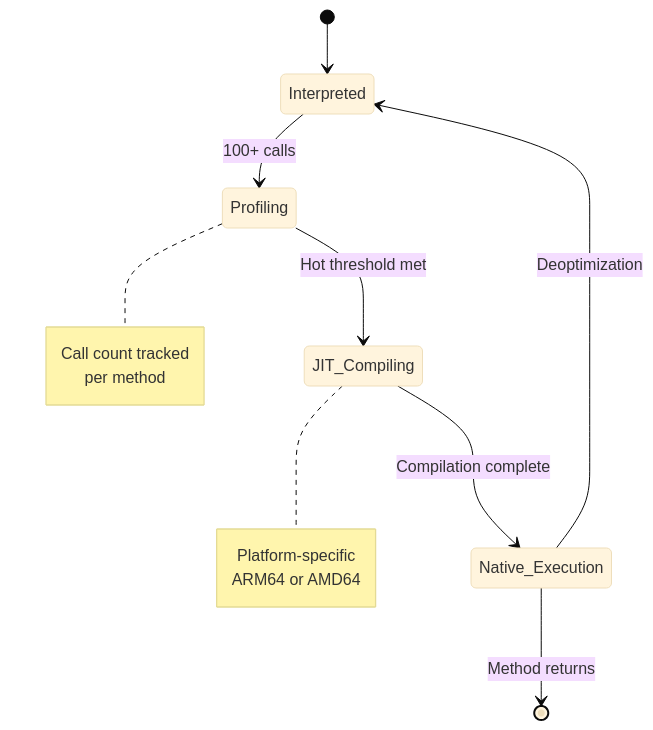
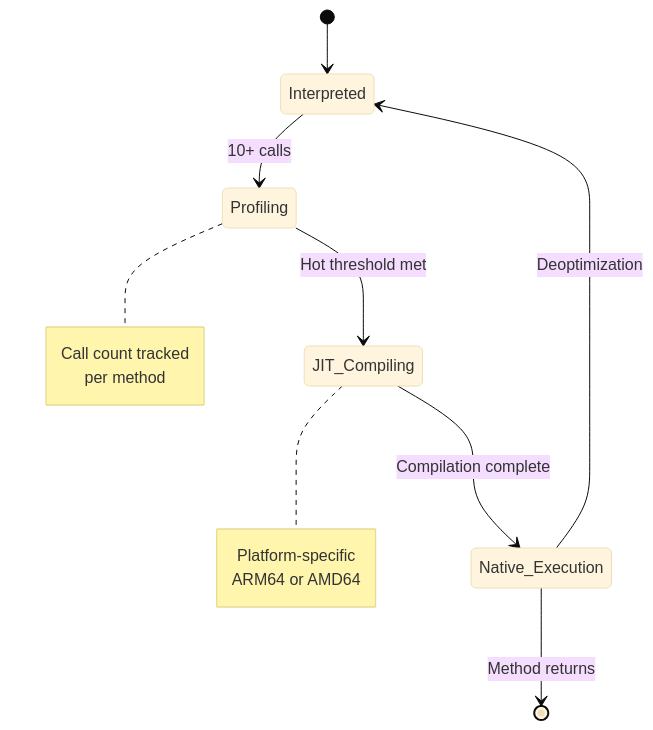
One commit to objeck/objeck-lang changed the fifth of 28 diagrams in docs/architecture.md. Above: the diagram before and after it, drawn with Mermaid (base theme). The commit also changed other lines of this file, not shown here.

First line of the commit message:
docs: correct JIT auto-compile threshold from 100 to 10 in architecture.md

````diff
--- a/docs/architecture.md
+++ b/docs/architecture.md
@@ -261,19 +261,19 @@
 ```mermaid
 stateDiagram-v2
     [*] --> Interpreted
-    Interpreted --> Profiling: 100+ calls
+    Interpreted --> Profiling: 10+ calls
     Profiling --> JIT_Compiling: Hot threshold met
     JIT_Compiling --> Native_Execution: Compilation complete
     Native_Execution --> [*]: Method returns
     Native_Execution --> Interpreted: Deoptimization
 
     note right of Profiling
         Call count tracked
         per method
     end note
 
     note right of JIT_Compiling
         Platform-specific
         ARM64 or AMD64
     end note
 ```
````
